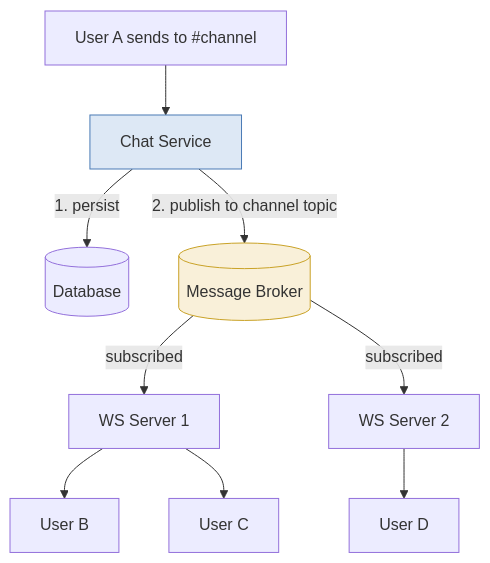
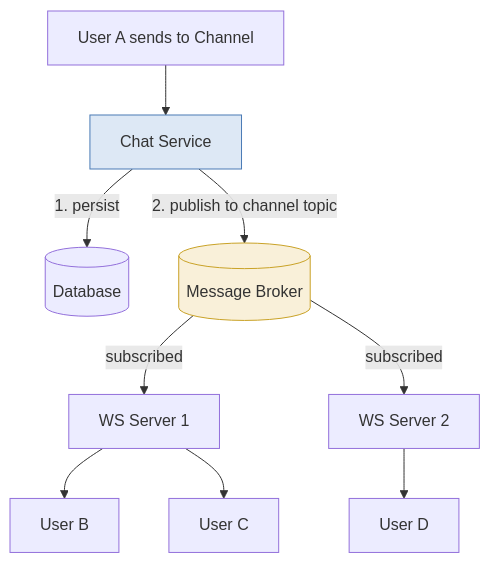
Before and after one commit to adityavarma1234/adityavarma1234.github.io: the sixth of 7 diagrams in _posts/2026-07-28-designing-a-real-time-chat-system.md, drawn with Mermaid. The commit also changed other lines of this file, not shown here.

Commit message:
fix rendering issues for diagram

````diff
--- a/_posts/2026-07-28-designing-a-real-time-chat-system.md
+++ b/_posts/2026-07-28-designing-a-real-time-chat-system.md
@@ -226,16 +226,16 @@
 ```mermaid
 flowchart TB
-    A[User A sends to #channel] --> CS[Chat Service]
+    A[User A sends to Channel] --> CS[Chat Service]
     CS -->|1. persist| DB[(Database)]
     CS -->|2. publish to channel topic| MB[(Message Broker)]
 
     MB -->|subscribed| WS1[WS Server 1]
     MB -->|subscribed| WS2[WS Server 2]
 
     WS1 --> B[User B]
     WS1 --> C[User C]
     WS2 --> D[User D]
 
     style CS fill:#dde8f5,stroke:#4a7ab5
     style MB fill:#f9f0d9,stroke:#c9a227
 ```
````
